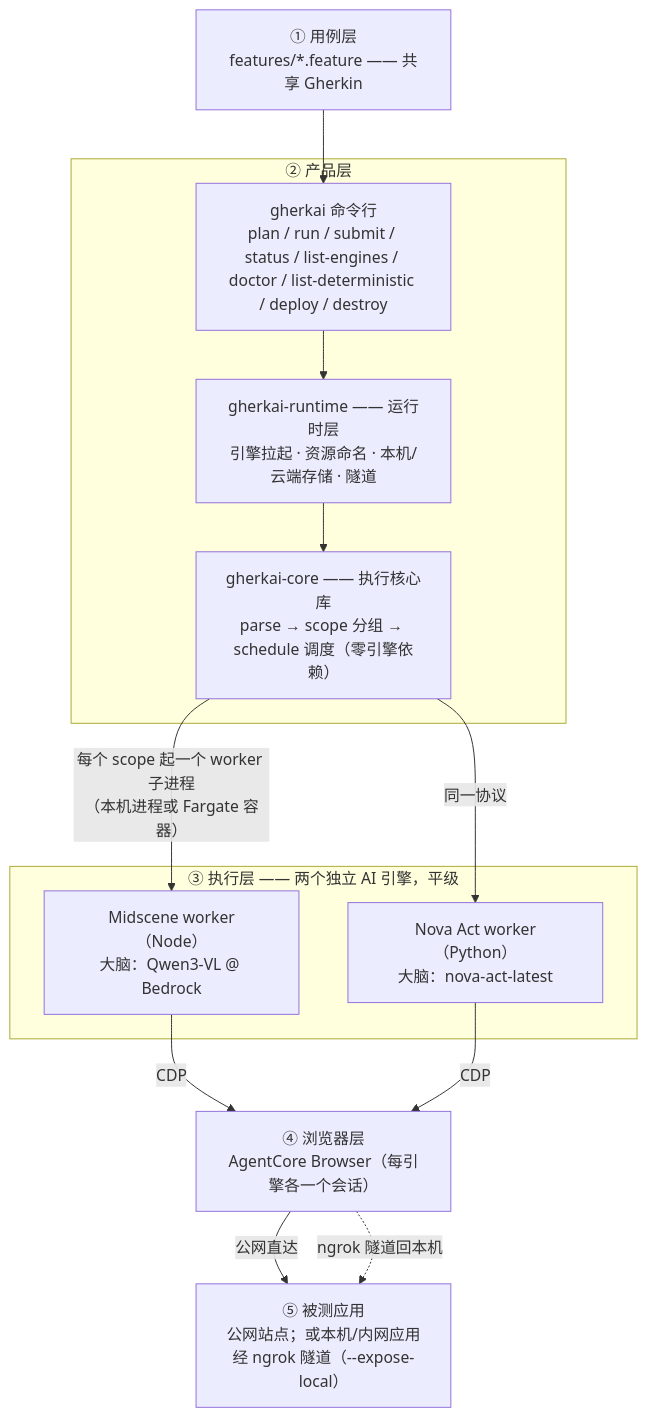
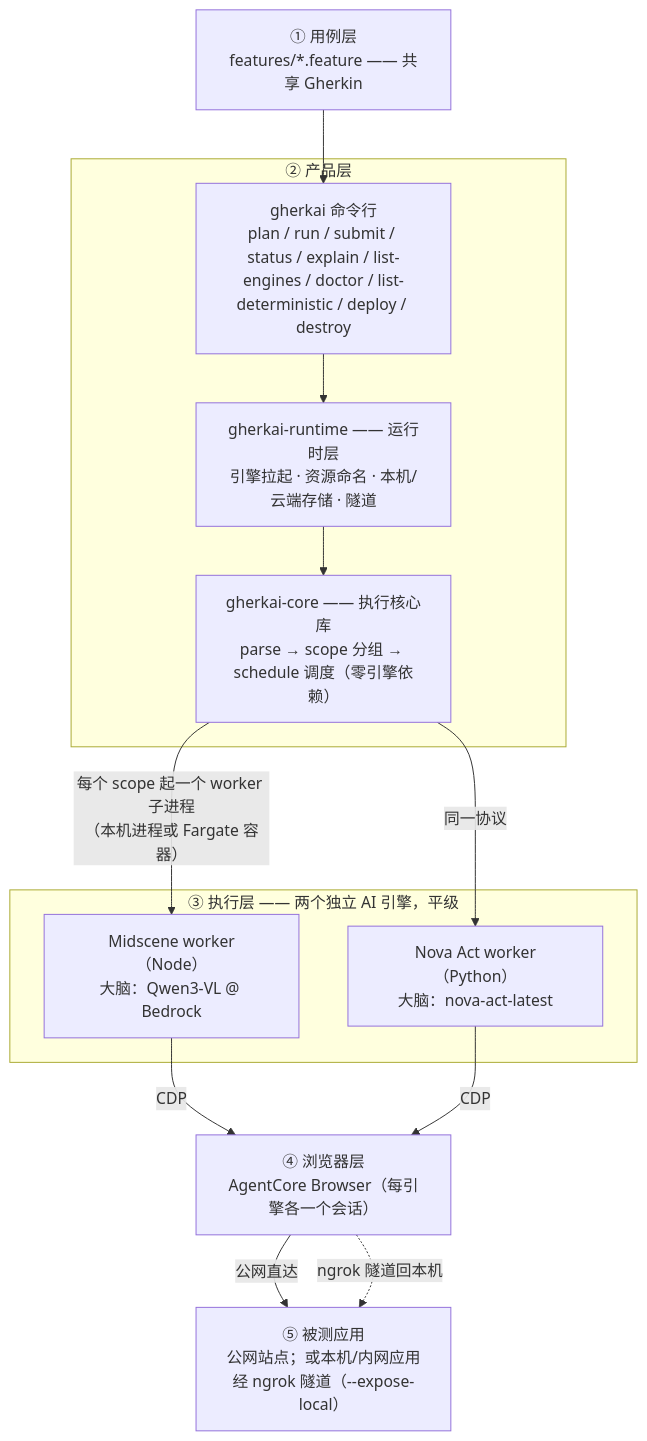
Before and after one commit to zhiyanliu/gherkai: the diagram in README.md, drawn with Mermaid. The commit also changed other lines of this file and 31 other files, not shown here.

First line of the commit message:
ADR 0042 实现：两引擎 step 级 evidence（kind=evidence）+ gherkai explain + 受影响 ADR 反向链

````diff
--- a/README.md
+++ b/README.md
@@ -27,27 +27,27 @@
 ```mermaid
 flowchart TD
     F["① 用例层<br/>features/*.feature —— 共享 Gherkin"]
 
     subgraph L2["② 产品层"]
-        CLI["gherkai 命令行<br/>plan / run / submit / status / list-engines / doctor / list-deterministic / deploy / destroy"]
+        CLI["gherkai 命令行<br/>plan / run / submit / status / explain / list-engines / doctor / list-deterministic / deploy / destroy"]
         G["gherkai-runtime —— 运行时层<br/>引擎拉起 · 资源命名 · 本机/云端存储 · 隧道"]
         C["gherkai-core —— 执行核心库<br/>parse → scope 分组 → schedule 调度（零引擎依赖）"]
         CLI --> G --> C
     end
 
     subgraph L3["③ 执行层 —— 两个独立 AI 引擎，平级"]
         M["Midscene worker（Node）<br/>大脑：Qwen3-VL @ Bedrock"]
         N["Nova Act worker（Python）<br/>大脑：nova-act-latest"]
     end
 
     B["④ 浏览器层<br/>AgentCore Browser（每引擎各一个会话）"]
     APP["⑤ 被测应用<br/>公网站点；或本机/内网应用经 ngrok 隧道（--expose-local）"]
 
     F --> CLI
     C -- "每个 scope 起一个 worker 子进程<br/>（本机进程或 Fargate 容器）" --> M
     C -- " 同一协议 " --> N
     M -- CDP --> B
     N -- CDP --> B
     B -- " 公网直达 " --> APP
     B -. "ngrok 隧道回本机" .-> APP
 ```
````
